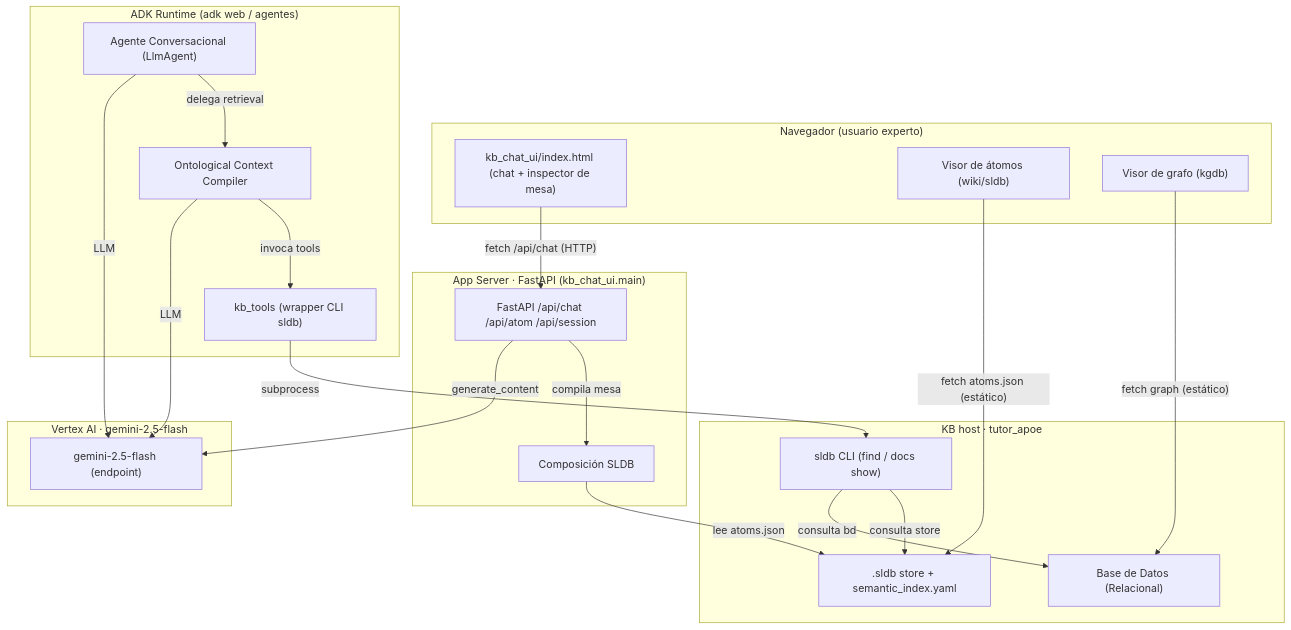
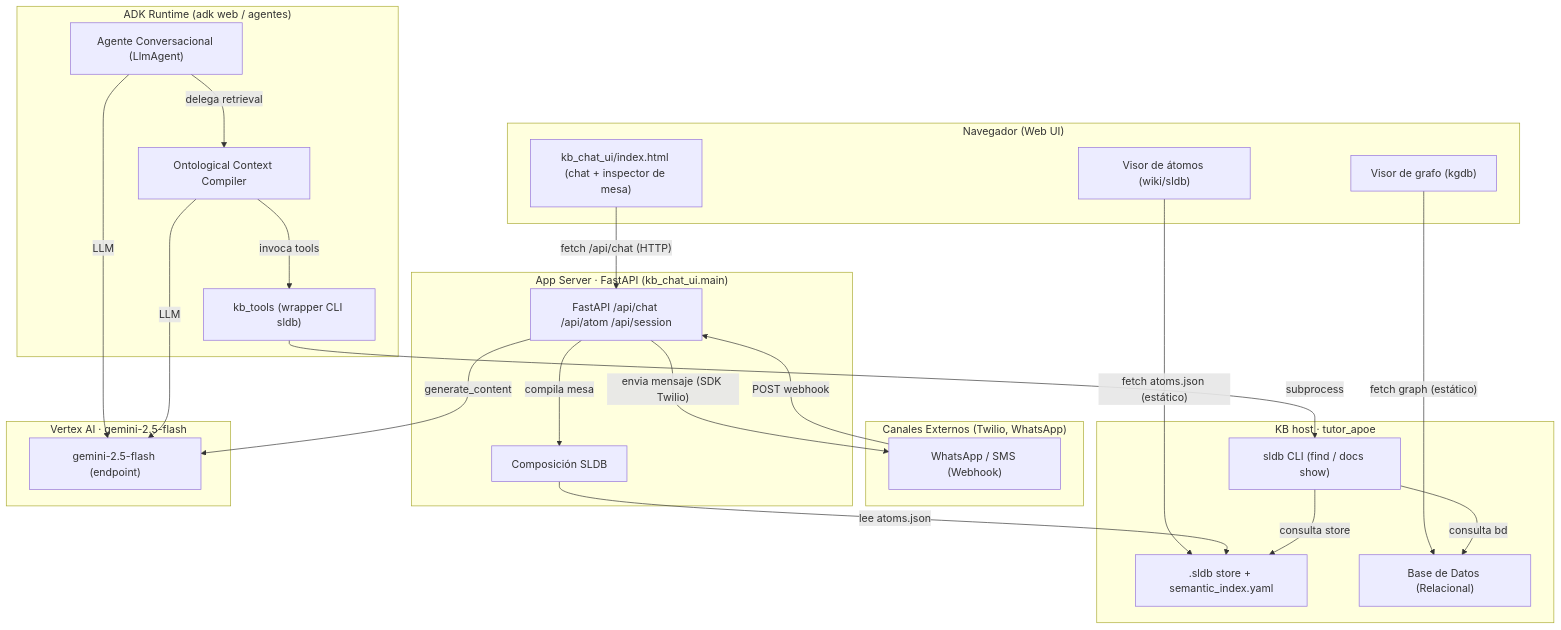
The diagram in desk/spec2viz/build/deployment.backend-frontend.mmd (jpcosec/conversational-agent-arch), drawn with Mermaid before and after one commit. The commit also changed 3 other files, not shown here.

```diff
--- a/desk/spec2viz/build/deployment.backend-frontend.mmd
+++ b/desk/spec2viz/build/deployment.backend-frontend.mmd
@@ -1,36 +1,41 @@
 graph TD
-    subgraph browser ["Navegador (usuario experto)"]
+    subgraph browser ["Navegador (Web UI)"]
         kb_chat_ui_html["kb_chat_ui/index.html (chat + inspector de mesa)"]
         visor_wiki_html["Visor de átomos (wiki/sldb)"]
         visor_grafo_html["Visor de grafo (kgdb)"]
+    end
+    subgraph webhook_channels ["Canales Externos (Twilio, WhatsApp)"]
+        twilio_webhook["WhatsApp / SMS (Webhook)"]
     end
     subgraph app_server ["App Server · FastAPI (kb_chat_ui.main)"]
         chat_api["FastAPI /api/chat /api/atom /api/session"]
         composicion_sldb["Composición SLDB"]
     end
     subgraph adk_runtime ["ADK Runtime (adk web / agentes)"]
         agente_conversacional["Agente Conversacional (LlmAgent)"]
         ontological_context_compiler["Ontological Context Compiler"]
         kb_tools_wrapper["kb_tools (wrapper CLI sldb)"]
     end
     subgraph kb_store_host ["KB host · tutor_apoe"]
         sldb_cli["sldb CLI (find / docs show)"]
         sldb_store[".sldb store + semantic_index.yaml"]
         relational_db["Base de Datos (Relacional)"]
     end
     subgraph vertex ["Vertex AI · gemini-2.5-flash"]
         gemini_llm["gemini-2.5-flash (endpoint)"]
     end
     kb_chat_ui_html -->|"fetch /api/chat (HTTP)"| chat_api
+    twilio_webhook -->|"POST webhook"| chat_api
+    chat_api -->|"envia mensaje (SDK Twilio)"| twilio_webhook
     visor_wiki_html -->|"fetch atoms.json (estático)"| sldb_store
     visor_grafo_html -->|"fetch graph (estático)"| relational_db
     chat_api -->|"compila mesa"| composicion_sldb
     chat_api -->|"generate_content"| gemini_llm
     composicion_sldb -->|"lee atoms.json"| sldb_store
     agente_conversacional -->|"delega retrieval"| ontological_context_compiler
     ontological_context_compiler -->|"invoca tools"| kb_tools_wrapper
     agente_conversacional -->|"LLM"| gemini_llm
     ontological_context_compiler -->|"LLM"| gemini_llm
     kb_tools_wrapper -->|"subprocess"| sldb_cli
     sldb_cli -->|"consulta store"| sldb_store
     sldb_cli -->|"consulta bd"| relational_db
```
